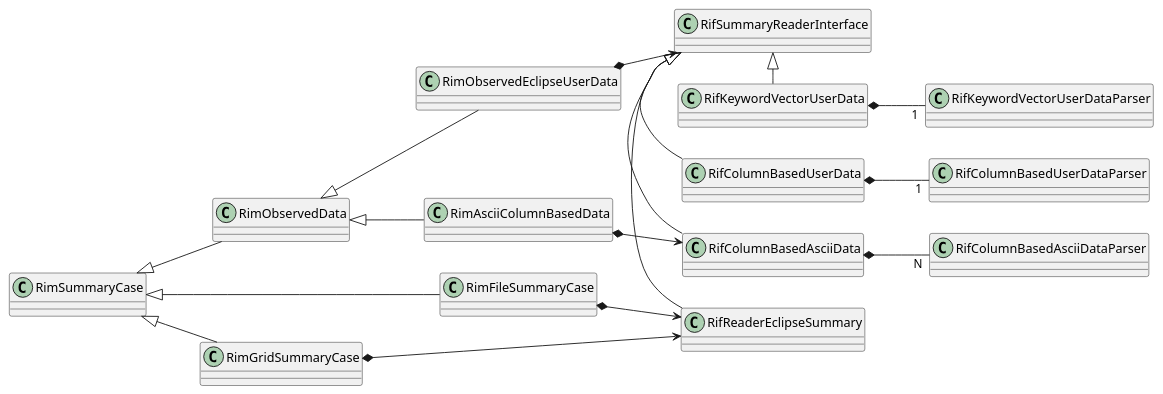
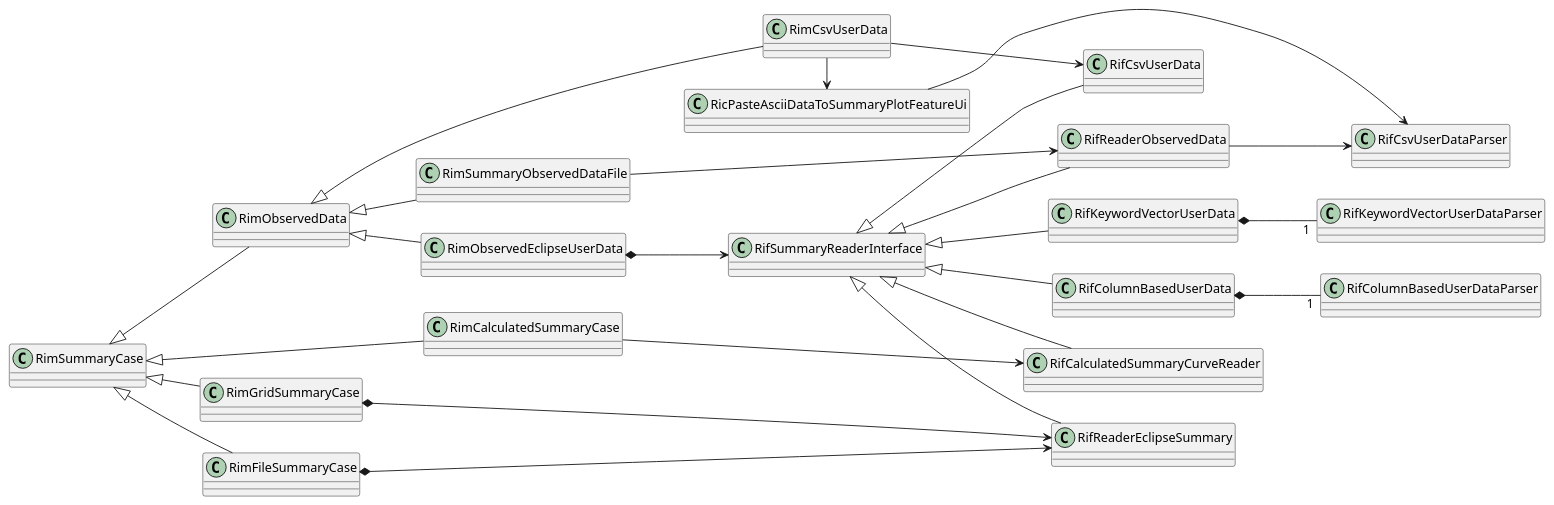
The diagram in doc/observed_data.plantuml (OPM/ResInsight), drawn with PlantUML before and after one commit.

Commit message:
Updated uml doc file

```diff
--- a/doc/observed_data.plantuml
+++ b/doc/observed_data.plantuml
@@ -1,28 +1,39 @@
 @startuml
 left to right direction
 
 
-RifSummaryReaderInterface <|- RifReaderEclipseSummary
-RifSummaryReaderInterface <|- RifColumnBasedAsciiData
-RifSummaryReaderInterface <|- RifColumnBasedUserData
-RifSummaryReaderInterface <|- RifKeywordVectorUserData
+RifSummaryReaderInterface <|-- RifCalculatedSummaryCurveReader
+RifSummaryReaderInterface <|-- RifColumnBasedUserData
+RifSummaryReaderInterface <|-- RifCsvUserData
+RifSummaryReaderInterface <|-- RifKeywordVectorUserData
+RifSummaryReaderInterface <|-- RifReaderEclipseSummary
+RifSummaryReaderInterface <|-- RifReaderObservedData
 
-RifColumnBasedAsciiData *-- "N" RifColumnBasedAsciiDataParser
 RifColumnBasedUserData *-- "1" RifColumnBasedUserDataParser
 RifKeywordVectorUserData *-- "1" RifKeywordVectorUserDataParser
+RifReaderObservedData --> RifCsvUserDataParser
 
+RimSummaryCase <|-- RimCalculatedSummaryCase
 RimSummaryCase <|-- RimFileSummaryCase
 RimSummaryCase <|-- RimGridSummaryCase
 RimSummaryCase <|-- RimObservedData
 
 RimObservedData <|-- RimObservedEclipseUserData
-RimObservedData <|-- RimAsciiColumnBasedData
+RimObservedData <|-- RimCsvUserData
+RimObservedData <|-- RimSummaryObservedDataFile
+
+RimCalculatedSummaryCase --> RifCalculatedSummaryCurveReader
+
+RimSummaryObservedDataFile --> RifReaderObservedData
 
 RimObservedEclipseUserData *--> RifSummaryReaderInterface
 
-RimAsciiColumnBasedData *--> RifColumnBasedAsciiData
+RimCsvUserData -> RicPasteAsciiDataToSummaryPlotFeatureUi
+RimCsvUserData --> RifCsvUserData
+
 RimFileSummaryCase *--> RifReaderEclipseSummary
 RimGridSummaryCase *--> RifReaderEclipseSummary
 
+RicPasteAsciiDataToSummaryPlotFeatureUi --> RifCsvUserDataParser
 
 @enduml
```
